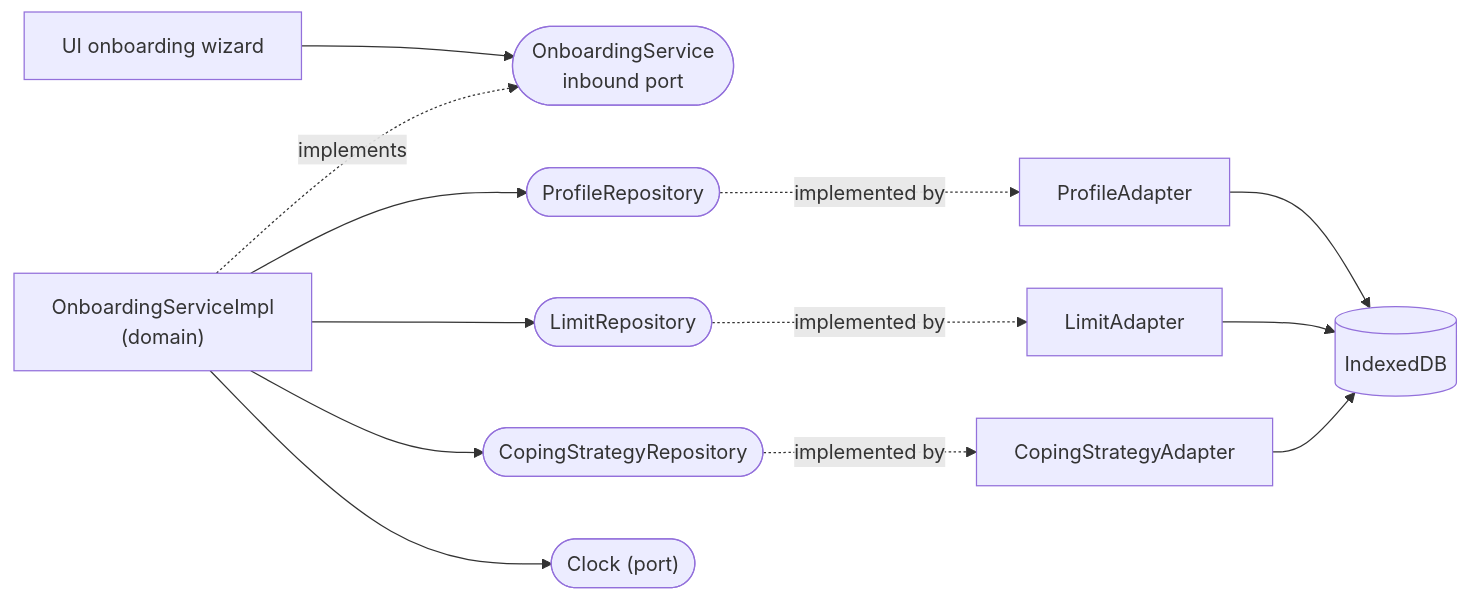
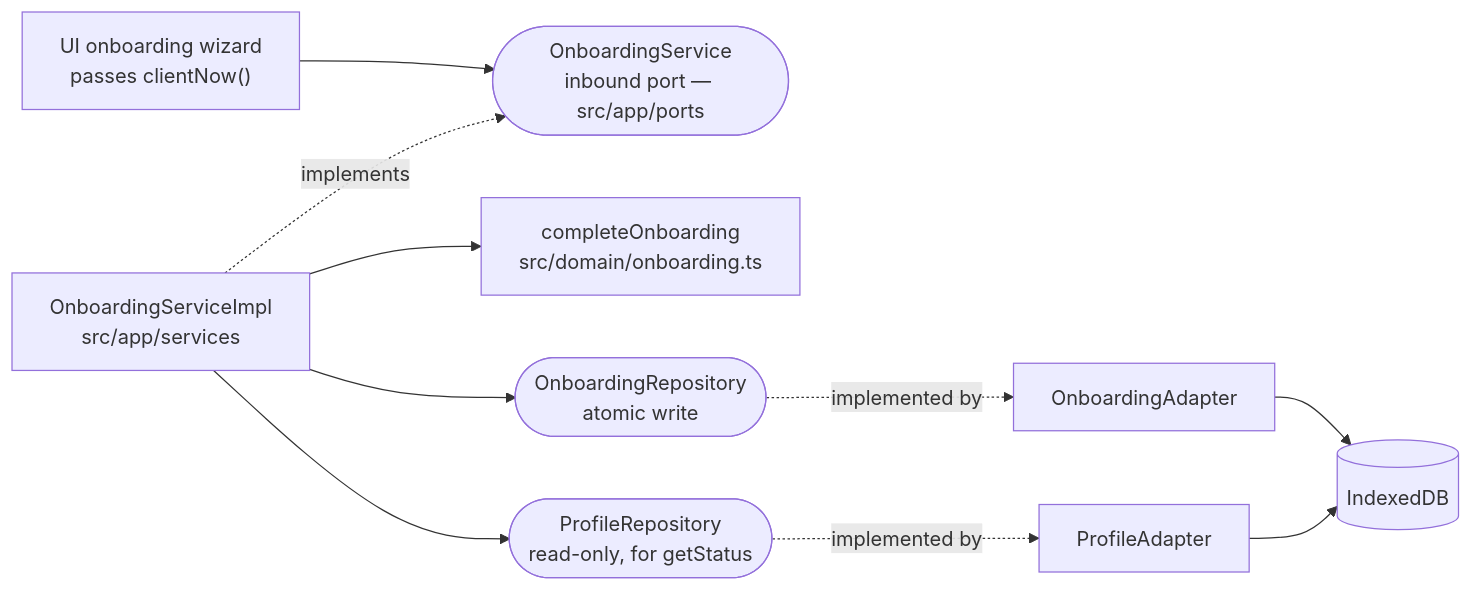
One commit to janmnovam/NUDZ_gamble changed the third of 3 diagrams in docs/architecture.md. Above: the diagram before and after it, drawn with Mermaid. The commit also changed other lines of this file and 4 other files, not shown here.

First line of the commit message:
docs: sync README, architecture and CLAUDE.md with the code

````diff
--- a/docs/architecture.md
+++ b/docs/architecture.md
@@ -172,15 +189,12 @@
 ```mermaid
 flowchart LR
-    UIw["UI onboarding wizard"] --> SVC(["OnboardingService<br/>inbound port"])
-    IMPL["OnboardingServiceImpl<br/>(domain)"] -. implements .-> SVC
-    IMPL --> P(["ProfileRepository"])
-    IMPL --> L(["LimitRepository"])
-    IMPL --> C(["CopingStrategyRepository"])
-    IMPL --> CLK(["Clock (port)"])
+    UIw["UI onboarding wizard<br/>passes clientNow()"] --> SVC(["OnboardingService<br/>inbound port — src/app/ports"])
+    IMPL["OnboardingServiceImpl<br/>src/app/services"] -. implements .-> SVC
+    IMPL --> DOMx["completeOnboarding<br/>src/domain/onboarding.ts"]
+    IMPL --> O(["OnboardingRepository<br/>atomic write"])
+    IMPL --> P(["ProfileRepository<br/>read-only, for getStatus"])
+    O -. implemented by .-> OA["OnboardingAdapter"]
     P -. implemented by .-> PA["ProfileAdapter"]
-    L -. implemented by .-> LA["LimitAdapter"]
-    C -. implemented by .-> CA["CopingStrategyAdapter"]
-    PA --> DBx[("IndexedDB")]
-    LA --> DBx
-    CA --> DBx
+    OA --> DBx[("IndexedDB")]
+    PA --> DBx
 ```
````
